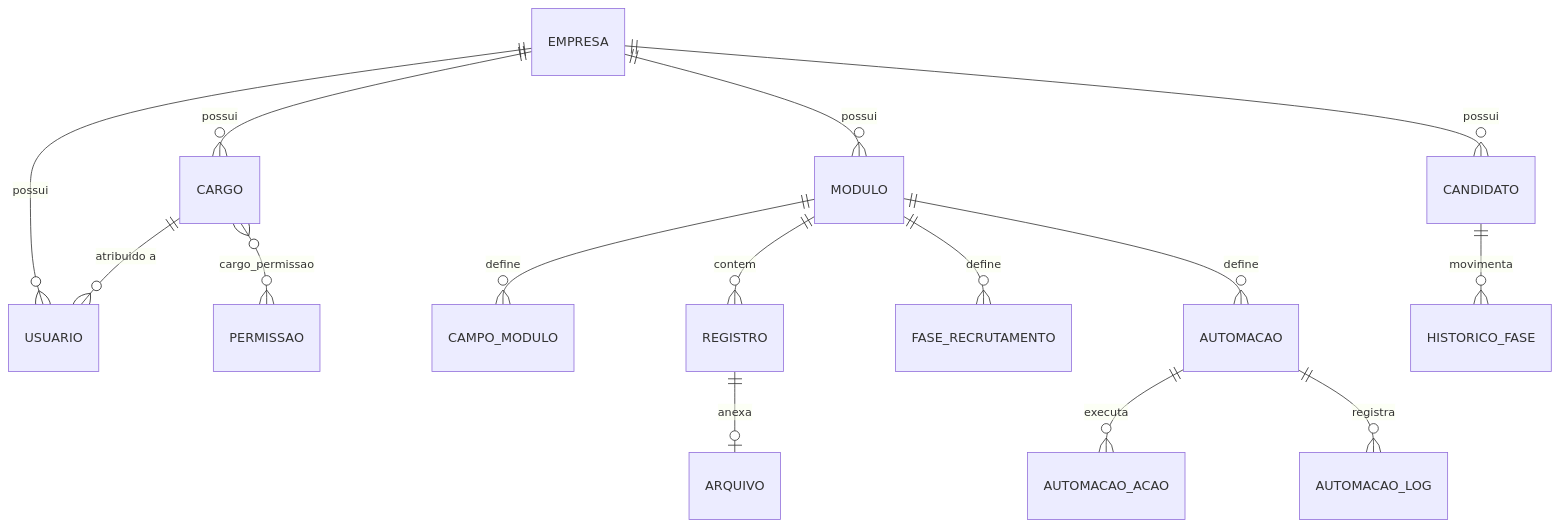
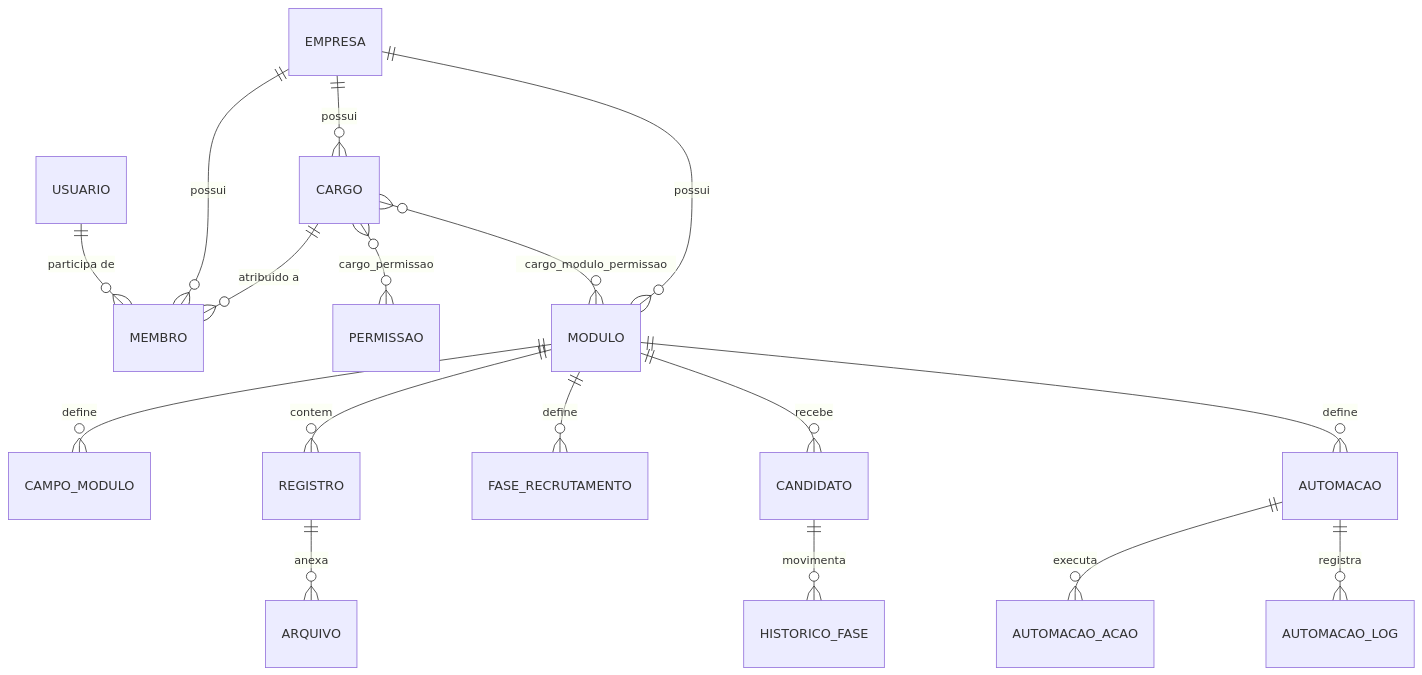
One commit to Levit-Organization/Levit-WEB changed the second of 3 diagrams in README.md. Above: the diagram before and after it, drawn with Mermaid. The commit also changed other lines of this file, not shown here.

````diff
--- a/README.md
+++ b/README.md
@@ -230,17 +224,19 @@
 ```mermaid
 erDiagram
-    EMPRESA ||--o{ USUARIO : possui
+    EMPRESA ||--o{ MEMBRO : possui
+    USUARIO ||--o{ MEMBRO : "participa de"
     EMPRESA ||--o{ CARGO : possui
     EMPRESA ||--o{ MODULO : possui
-    EMPRESA ||--o{ CANDIDATO : possui
-    CARGO ||--o{ USUARIO : "atribuido a"
+    CARGO ||--o{ MEMBRO : "atribuido a"
     CARGO }o--o{ PERMISSAO : "cargo_permissao"
+    CARGO }o--o{ MODULO : "cargo_modulo_permissao"
     MODULO ||--o{ CAMPO_MODULO : define
     MODULO ||--o{ REGISTRO : contem
     MODULO ||--o{ FASE_RECRUTAMENTO : define
+    MODULO ||--o{ CANDIDATO : recebe
     MODULO ||--o{ AUTOMACAO : define
-    REGISTRO ||--o| ARQUIVO : anexa
+    REGISTRO ||--o{ ARQUIVO : anexa
     AUTOMACAO ||--o{ AUTOMACAO_ACAO : executa
     AUTOMACAO ||--o{ AUTOMACAO_LOG : registra
     CANDIDATO ||--o{ HISTORICO_FASE : movimenta
 ```
````
